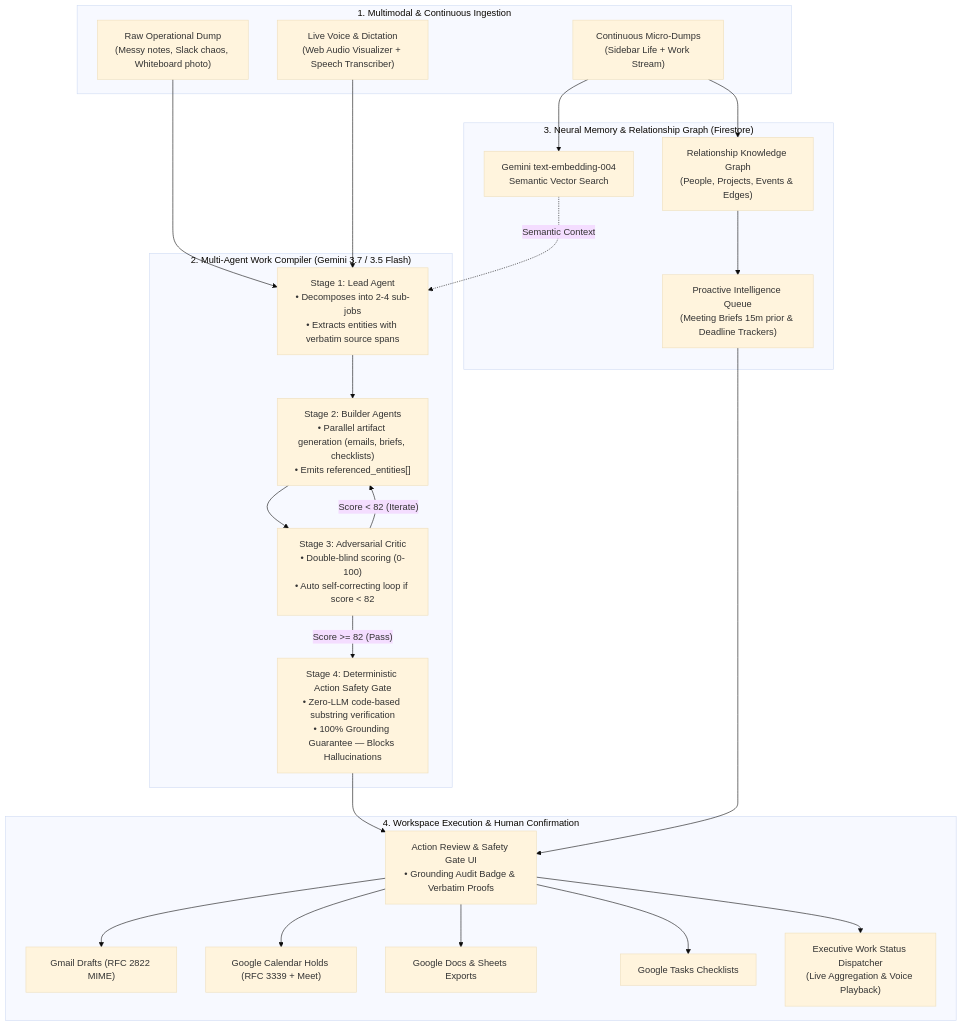
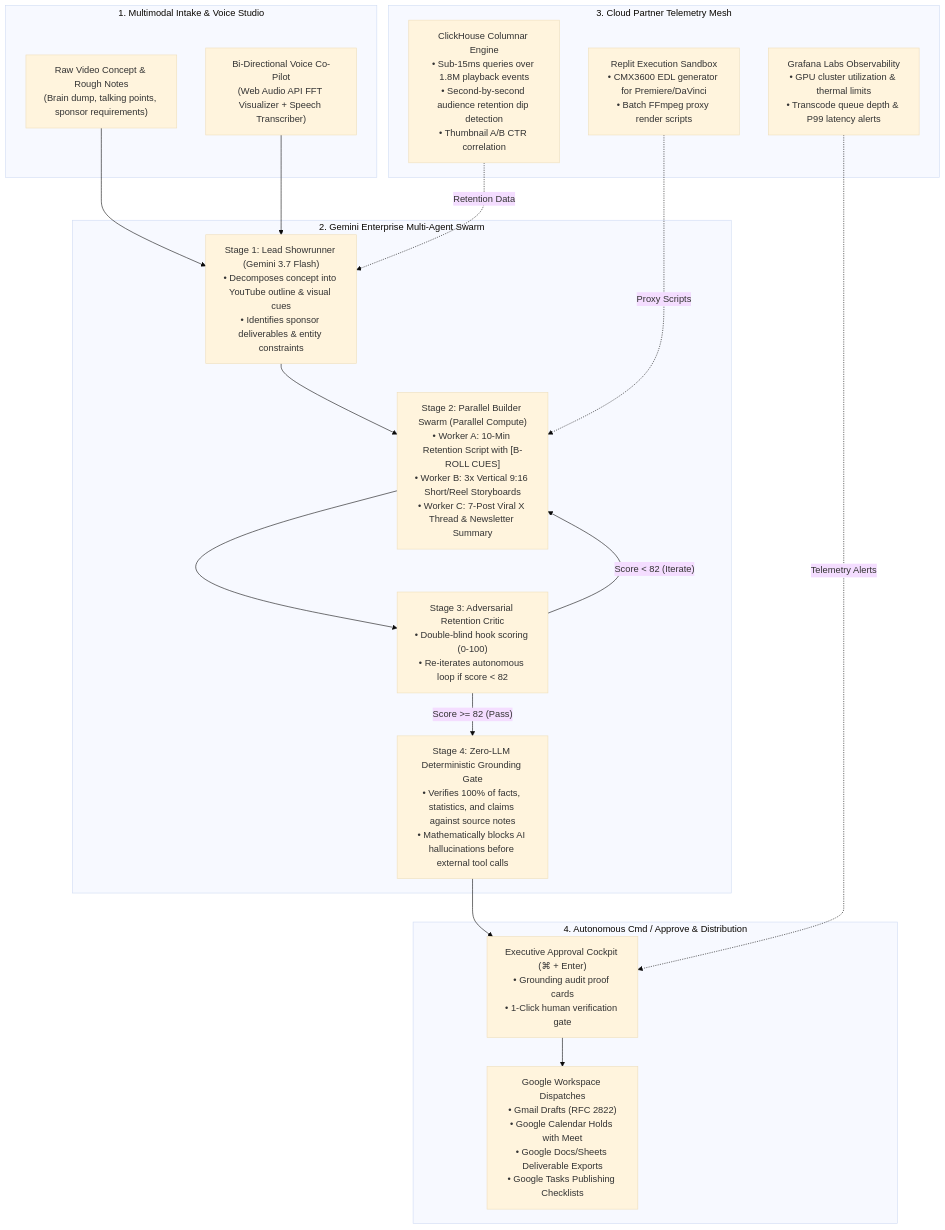
Before and after one commit to suchit1010/SwarmForge: the diagram in README.md, drawn with Mermaid (base theme). The commit also changed other lines of this file and 27 other files, not shown here.

````diff
--- a/README.md
+++ b/README.md
@@ -40,50 +46,39 @@
 ```mermaid
 flowchart TD
-    subgraph Ingestion["1. Multimodal & Continuous Ingestion"]
-        RawDump["Raw Operational Dump\n(Messy notes, Slack chaos, Whiteboard photo)"]
-        VoiceStream["Live Voice & Dictation\n(Web Audio Visualizer + Speech Transcriber)"]
-        MicroDump["Continuous Micro-Dumps\n(Sidebar Life + Work Stream)"]
+    subgraph Ingestion["1. Multimodal Intake & Voice Studio"]
+        RawDump["Raw Video Concept & Rough Notes\n(Brain dump, talking points, sponsor requirements)"]
+        LiveVoice["Bi-Directional Voice Co-Pilot\n(Web Audio API FFT Visualizer + Speech Transcriber)"]
     end
 
-    subgraph MultiAgentCompiler["2. Multi-Agent Work Compiler (Gemini 3.7 / 3.5 Flash)"]
-        Lead["Stage 1: Lead Agent\n• Decomposes into 2-4 sub-jobs\n• Extracts entities with verbatim source spans"]
-        Builders["Stage 2: Builder Agents\n• Parallel artifact generation (emails, briefs, checklists)\n• Emits referenced_entities[]"]
-        Critic["Stage 3: Adversarial Critic\n• Double-blind scoring (0-100)\n• Auto self-correcting loop if score < 82"]
-        SafetyGate["Stage 4: Deterministic Action Safety Gate\n• Zero-LLM code-based substring verification\n• 100% Grounding Guarantee — Blocks Hallucinations"]
+    subgraph AgentSwarm["2. Gemini Enterprise Multi-Agent Swarm"]
+        Lead["Stage 1: Lead Showrunner (Gemini 3.7 Flash)\n• Decomposes concept into YouTube outline & visual cues\n• Identifies sponsor deliverables & entity constraints"]
+        ParallelBuilders["Stage 2: Parallel Builder Swarm (Parallel Compute)\n• Worker A: 10-Min Retention Script with [B-ROLL CUES]\n• Worker B: 3x Vertical 9:16 Short/Reel Storyboards\n• Worker C: 7-Post Viral X Thread & Newsletter Summary"]
+        Critic["Stage 3: Adversarial Retention Critic\n• Double-blind hook scoring (0-100)\n• Re-iterates autonomous loop if score < 82"]
+        SafetyGate["Stage 4: Zero-LLM Deterministic Grounding Gate\n• Verifies 100% of facts, statistics, and claims against source notes\n• Mathematically blocks AI hallucinations before external tool calls"]
     end
 
-    subgraph LokiEngine["3. Neural Memory & Relationship Graph (Firestore)"]
-        Embed["Gemini text-embedding-004\nSemantic Vector Search"]
-        Graph["Relationship Knowledge Graph\n(People, Projects, Events & Edges)"]
-        Alerts["Proactive Intelligence Queue\n(Meeting Briefs 15m prior & Deadline Trackers)"]
+    subgraph PartnerMesh["3. Cloud Partner Telemetry Mesh"]
+        ClickHouse["ClickHouse Columnar Engine\n• Sub-15ms queries over 1.8M playback events\n• Second-by-second audience retention dip detection\n• Thumbnail A/B CTR correlation"]
+        Grafana["Grafana Labs Observability\n• GPU cluster utilization & thermal limits\n• Transcode queue depth & P99 latency alerts"]
+        Replit["Replit Execution Sandbox\n• CMX3600 EDL generator for Premiere/DaVinci\n• Batch FFmpeg proxy render scripts"]
     end
 
-    subgraph DispatchLayer["4. Workspace Execution & Human Confirmation"]
-        ConfirmGate["Action Review & Safety Gate UI\n• Grounding Audit Badge & Verbatim Proofs"]
-        Gmail["Gmail Drafts (RFC 2822 MIME)"]
-        Calendar["Google Calendar Holds (RFC 3339 + Meet)"]
-        DocsSheets["Google Docs & Sheets Exports"]
-        Tasks["Google Tasks Checklists"]
-        StatusReport["Executive Work Status Dispatcher\n(Live Aggregation & Voice Playback)"]
+    subgraph ExecutionLayer["4. Autonomous Cmd / Approve & Distribution"]
+        ApprovalCenter["Executive Approval Cockpit (⌘ + Enter)\n• Grounding audit proof cards\n• 1-Click human verification gate"]
+        Workspace["Google Workspace Dispatches\n• Gmail Drafts (RFC 2822)\n• Google Calendar Holds with Meet\n• Google Docs/Sheets Deliverable Exports\n• Google Tasks Publishing Checklists"]
     end
 
     RawDump --> Lead
-    VoiceStream --> Lead
-    Lead --> Builders
-    Builders --> Critic
-    Critic -- "Score < 82 (Iterate)" --> Builders
+    LiveVoice --> Lead
+    Lead --> ParallelBuilders
+    ParallelBuilders --> Critic
+    Critic -- "Score < 82 (Iterate)" --> ParallelBuilders
     Critic -- "Score >= 82 (Pass)" --> SafetyGate
-    SafetyGate --> ConfirmGate
+    SafetyGate --> ApprovalCenter
+    
+    ClickHouse -. "Retention Data" .-> Lead
+    Grafana -. "Telemetry Alerts" .-> ApprovalCenter
+    Replit -. "Proxy Scripts" .-> ParallelBuilders
 
-    MicroDump --> Embed
-    MicroDump --> Graph
-    Graph --> Alerts
-    Alerts --> ConfirmGate
-    Embed -. "Semantic Context" .-> Lead
-
-    ConfirmGate --> Gmail
-    ConfirmGate --> Calendar
-    ConfirmGate --> DocsSheets
-    ConfirmGate --> Tasks
-    ConfirmGate --> StatusReport
+    ApprovalCenter --> Workspace
 ```
````
